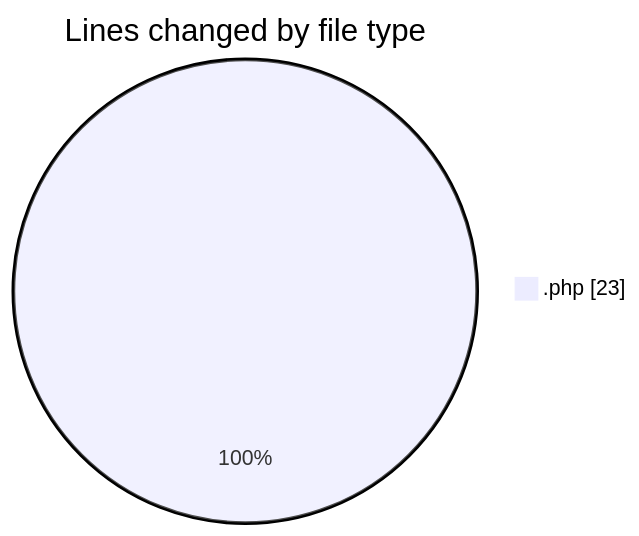
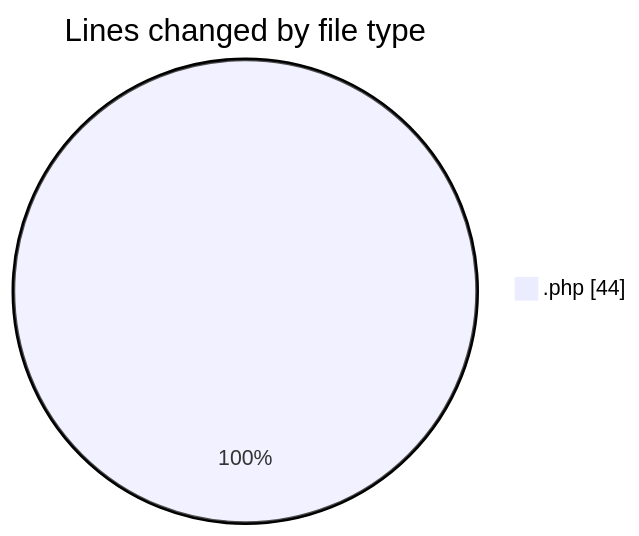
One commit to LanceThiago/code-tracking changed the first of 2 diagrams in 2026-06-24/web/README.md. Above: the diagram before and after it, drawn with Mermaid. The commit also changed other lines of this file and 1 other file, not shown here.

````diff
--- a/2026-06-24/web/README.md
+++ b/2026-06-24/web/README.md
@@ -20,5 +20,5 @@
 ```mermaid
 pie showData
 title Lines changed by file type
-".php" : 23
+".php" : 44
 ```
````
